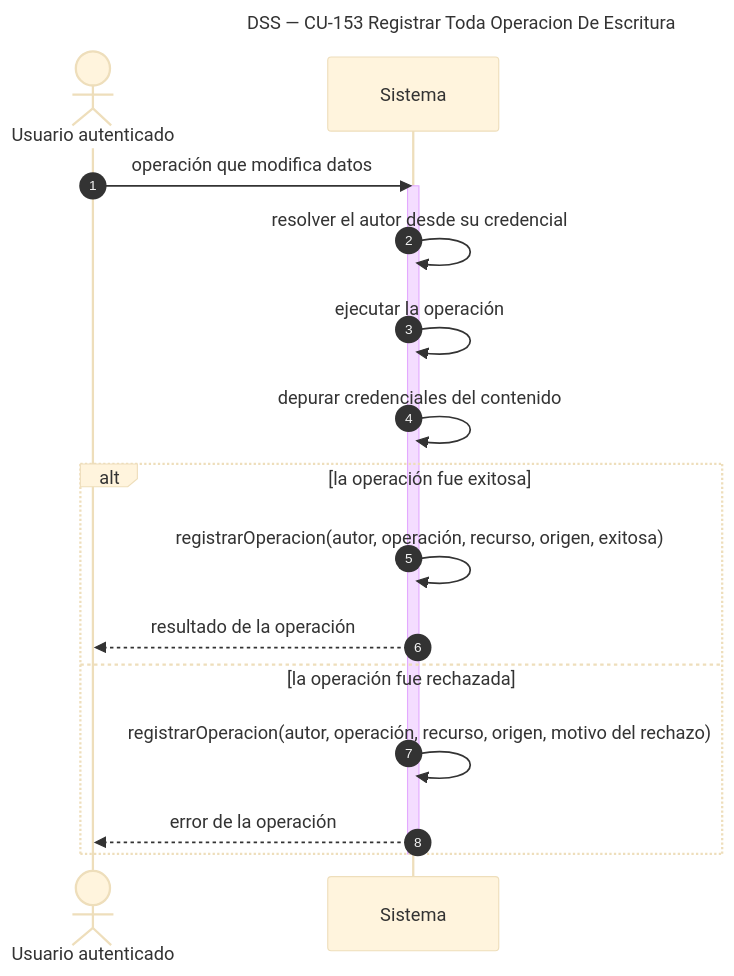
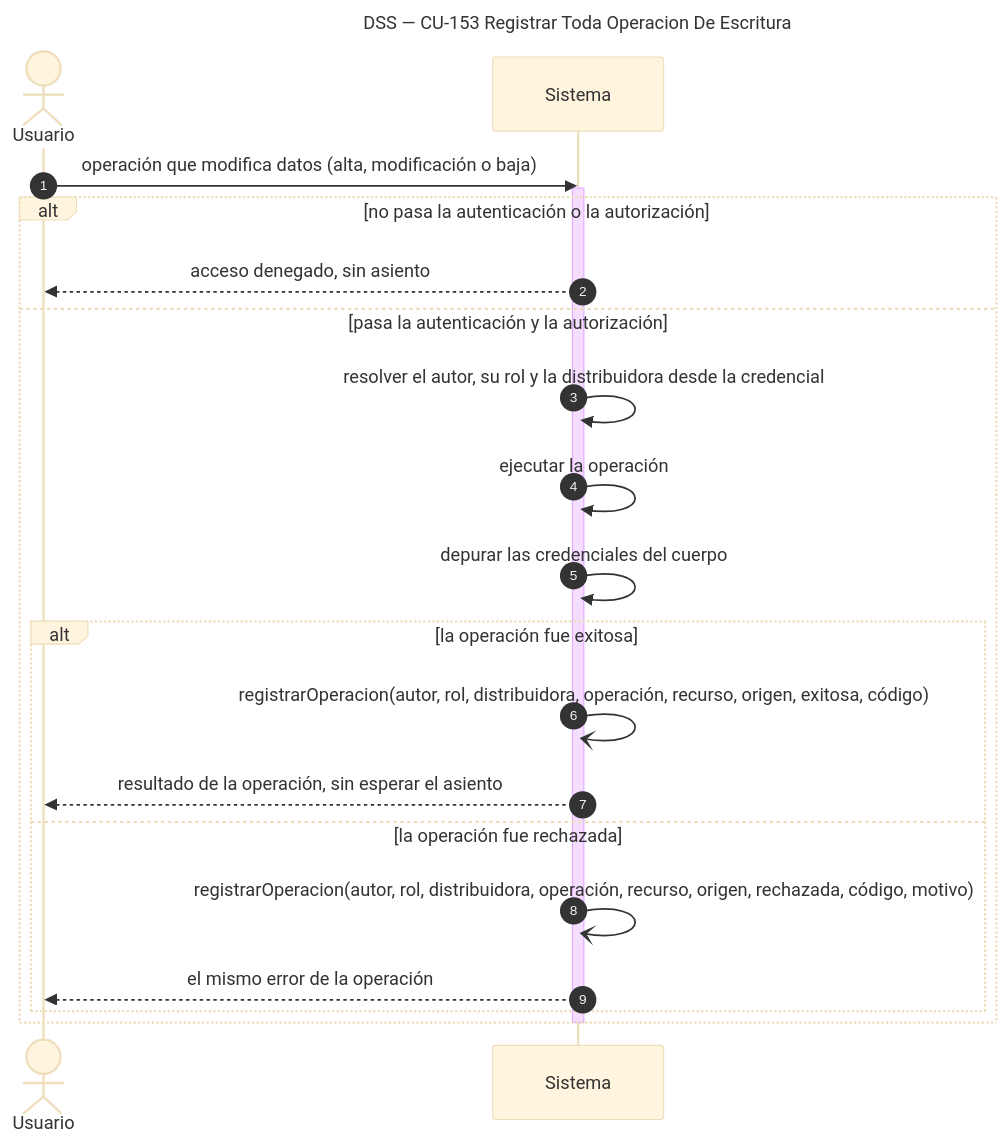
Before and after one commit to Nahuelito-Dev/splg-docs: the diagram in diagramas/DSS_CU-153_Registrar-Toda-Operacion-De-Escritura.mmd, drawn with Mermaid (base theme). The commit also changed 15 other files, not shown here.

```diff
--- a/diagramas/DSS_CU-153_Registrar-Toda-Operacion-De-Escritura.mmd
+++ b/diagramas/DSS_CU-153_Registrar-Toda-Operacion-De-Escritura.mmd
@@ -1,19 +1,23 @@
 sequenceDiagram
     title DSS — CU-153 Registrar Toda Operacion De Escritura
     autonumber
-    actor USR as Usuario autenticado
+    actor USR as Usuario
     participant SIS as Sistema
 
-    USR->>SIS: operación que modifica datos
+    USR->>SIS: operación que modifica datos (alta, modificación o baja)
     activate SIS
-    SIS->>SIS: resolver el autor desde su credencial
-    SIS->>SIS: ejecutar la operación
-    SIS->>SIS: depurar credenciales del contenido
-    alt la operación fue exitosa
-        SIS->>SIS: registrarOperacion(autor, operación, recurso, origen, exitosa)
-        SIS-->>USR: resultado de la operación
-    else la operación fue rechazada
-        SIS->>SIS: registrarOperacion(autor, operación, recurso, origen, motivo del rechazo)
-        SIS-->>USR: error de la operación
+    alt no pasa la autenticación o la autorización
+        SIS-->>USR: acceso denegado, sin asiento
+    else pasa la autenticación y la autorización
+        SIS->>SIS: resolver el autor, su rol y la distribuidora desde la credencial
+        SIS->>SIS: ejecutar la operación
+        SIS->>SIS: depurar las credenciales del cuerpo
+        alt la operación fue exitosa
+            SIS-)SIS: registrarOperacion(autor, rol, distribuidora, operación, recurso, origen, exitosa, código)
+            SIS-->>USR: resultado de la operación, sin esperar el asiento
+        else la operación fue rechazada
+            SIS-)SIS: registrarOperacion(autor, rol, distribuidora, operación, recurso, origen, rechazada, código, motivo)
+            SIS-->>USR: el mismo error de la operación
+        end
     end
     deactivate SIS
```
